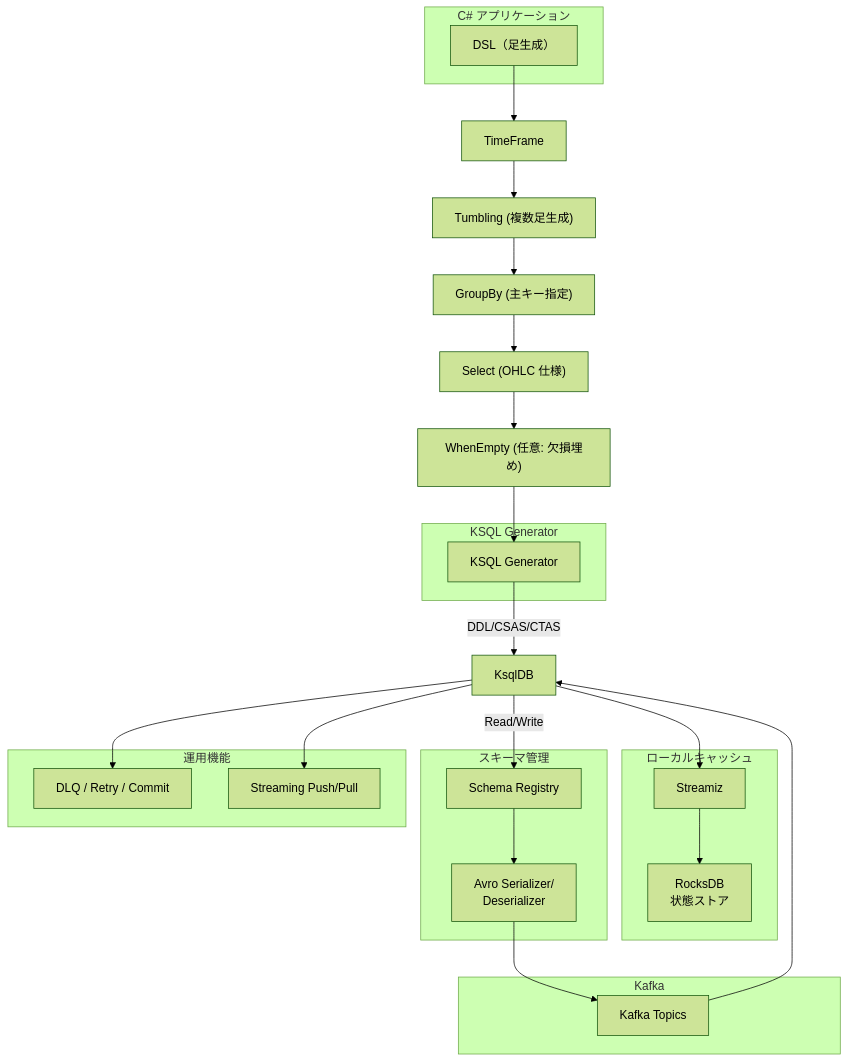
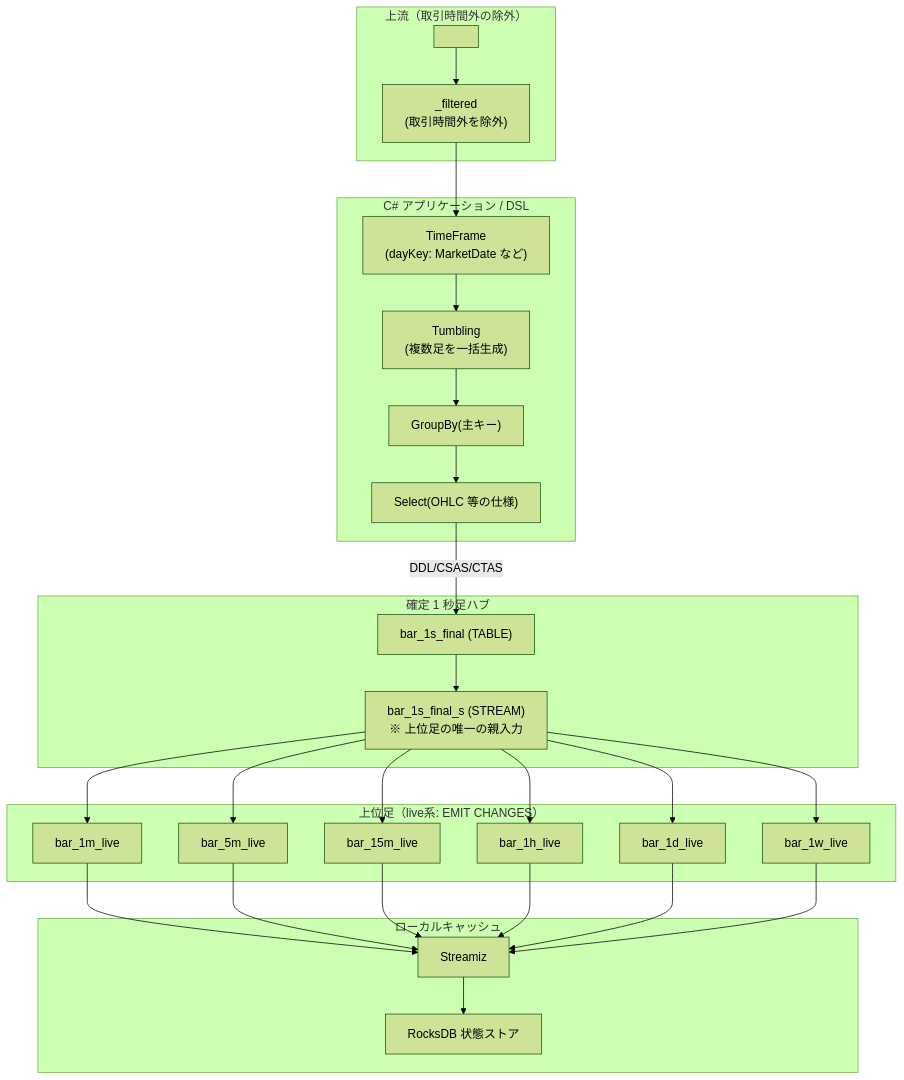
One commit to sage-mt07/rc02 changed the diagram in docs/chart.md. Above: the diagram before and after it, drawn with Mermaid (forest theme). The commit also changed 1 other file, not shown here.

Commit message:
mermaid update

````diff
--- a/docs/chart.md
+++ b/docs/chart.md
@@ -41,50 +41,64 @@
 ``` mermaid
+flowchart TB
+  %% 入力とスケジュールフィルタ
+  subgraph Upstream["上流（取引時間外の除外）"]
+    raw["<raw>"]
+    filtered["<raw>_filtered\n(取引時間外を除外)"]
+    raw --> filtered
+  end
 
-flowchart TD
-    subgraph "C# アプリケーション"
-        DSL["DSL（足生成）"]
-    end
+  %% DSL レイヤ
+  subgraph DSL["C# アプリケーション / DSL"]
+    TF["TimeFrame<MarketSchedule>\n(dayKey: MarketDate など)"]
+    Tumble["Tumbling\n(複数足を一括生成)"]
+    GroupBy["GroupBy(主キー)"]
+    Select["Select(OHLC 等の仕様)"]
+  end
 
-    DSL --> TF["TimeFrame<MarketSchedule>"]
-    TF --> Tumble["Tumbling (複数足生成)"]
-    Tumble --> GroupBy["GroupBy (主キー指定)"]
-    GroupBy --> Select["Select (OHLC 仕様)"]
-    Select --> WhenEmpty["WhenEmpty (任意: 欠損埋め)"]
+  filtered --> TF
+  TF --> Tumble --> GroupBy --> Select
 
-    subgraph "KSQL Generator"
-        KSQL["KSQL Generator"]
-    end
-    WhenEmpty --> KSQL
+  %% 1s_final ハブ（唯一の親）
+  subgraph Hub["確定 1 秒足ハブ"]
+    final1s["bar_1s_final (TABLE)"]
+    final1s_s["bar_1s_final_s (STREAM)\n※ 上位足の唯一の親入力"]
+    final1s --> final1s_s
+  end
 
-    KSQL -->|DDL/CSAS/CTAS| KsqlDB["KsqlDB"]
+  Select -->|DDL/CSAS/CTAS| final1s
 
-    %% KsqlDBと外部
-    subgraph "ローカルキャッシュ"
-        Streamiz["Streamiz"]
-        RocksDB["RocksDB\n状態ストア"]
-        Streamiz --> RocksDB
-    end
-    KsqlDB --> Streamiz
+  %% 上位足（すべて 1s_final_s からフラット派生）
+  subgraph Live["上位足（live系: EMIT CHANGES）"]
+    m1["bar_1m_live"]
+    m5["bar_5m_live"]
+    m15["bar_15m_live"]
+    h1["bar_1h_live"]
+    d1["bar_1d_live"]
+    w1["bar_1w_live"]
+  end
 
-    subgraph "スキーマ管理"
-        SchemaRegistry["Schema Registry"]
-        AvroSer["Avro Serializer/\nDeserializer"]
-        SchemaRegistry --> AvroSer
-    end
-    KsqlDB -->|Read/Write| SchemaRegistry
+  final1s_s --> m1
+  final1s_s --> m5
+  final1s_s --> m15
+  final1s_s --> h1
+  final1s_s --> d1
+  final1s_s --> w1
 
-    subgraph "Kafka"
-        KafkaTopics["Kafka Topics"]
-    end
-    AvroSer --> KafkaTopics
-    KafkaTopics --> KsqlDB
+  %% 参照先（省略形）
+  subgraph Storage["ローカルキャッシュ"]
+    streamiz["Streamiz"]
+    rocks["RocksDB 状態ストア"]
+    streamiz --> rocks
+  end
+  m1 --> streamiz
+  m5 --> streamiz
+  m15 --> streamiz
+  h1 --> streamiz
+  d1 --> streamiz
+  w1 --> streamiz
 
-    %% 運用系
-    subgraph "運用機能"
-        DLQ["DLQ / Retry / Commit"]
-        Streaming["Streaming Push/Pull"]
-    end
-    KsqlDB --> DLQ
-    KsqlDB --> Streaming
+  %% コメント用の注釈
+  classDef hint fill:#fffbe6,stroke:#f0e6a0,color:#333;
+
 
 ``` 
````
